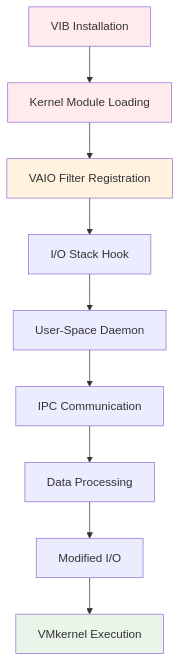
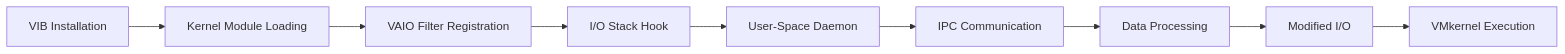
Before and after one commit to win64k/win64k.github.io: the fourth of 5 diagrams in _posts/2025-10-25-www.md, drawn with Mermaid. The commit also changed other lines of this file, not shown here.

````diff
--- a/_posts/2025-10-25-www.md
+++ b/_posts/2025-10-25-www.md
@@ -136,16 +146,15 @@
 ```mermaid
-graph TD
-    A[VIB Installation] --> B[Kernel Module Loading]
-    B --> C[VAIO Filter Registration]
-    C --> D[I/O Stack Hook]
-    D --> E[User-Space Daemon]
-    E --> F[IPC Communication]
-    F --> G[Data Processing]
-    G --> H[Modified I/O]
-    H --> I[VMkernel Execution]
-    
-    style A fill:#ffebee
-    style B fill:#ffebee
-    style C fill:#fff3e0
-    style I fill:#e8f5e8
+flowchart LR
+    A["VIB Installation"]
+    B["Kernel Module Loading"]
+    C["VAIO Filter Registration"]
+    D["I/O Stack Hook"]
+    E["User-Space Daemon"]
+    F["IPC Communication"]
+    G["Data Processing"]
+    H["Modified I/O"]
+    I["VMkernel Execution"]
+
+    A --> B --> C --> D --> E --> F --> G --> H --> I
+
 ```
````
